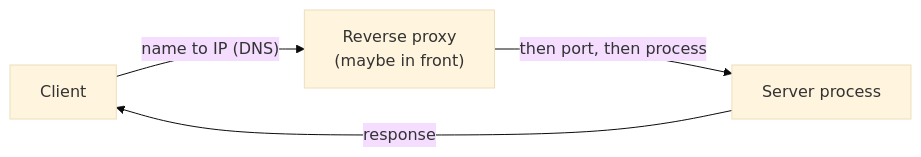
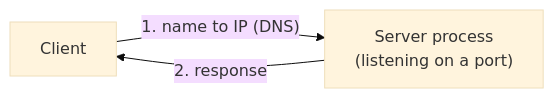
The second of 2 diagrams in 04._networking/README.md (Ek-Ita-Swa-Iti/EK_ITA_SWA_2026_fall), drawn with Mermaid (base theme) before and after one commit. The commit also changed other lines of this file, not shown here.

First line of the commit message:
S4: remove Part 4 (reverse proxy & load balancer) entirely

````diff
--- a/04._networking/README.md
+++ b/04._networking/README.md
@@ -126,6 +105,5 @@
 ```mermaid
 flowchart LR
-    C["Client"] -->|"name to IP (DNS)"| RP["Reverse proxy<br/>(maybe in front)"]
-    RP -->|"then port, then process"| S["Server process"]
-    S -->|"response"| C
+    C["Client"] -->|"1. name to IP (DNS)"| S["Server process<br/>(listening on a port)"]
+    S -->|"2. response"| C
 ```
````
